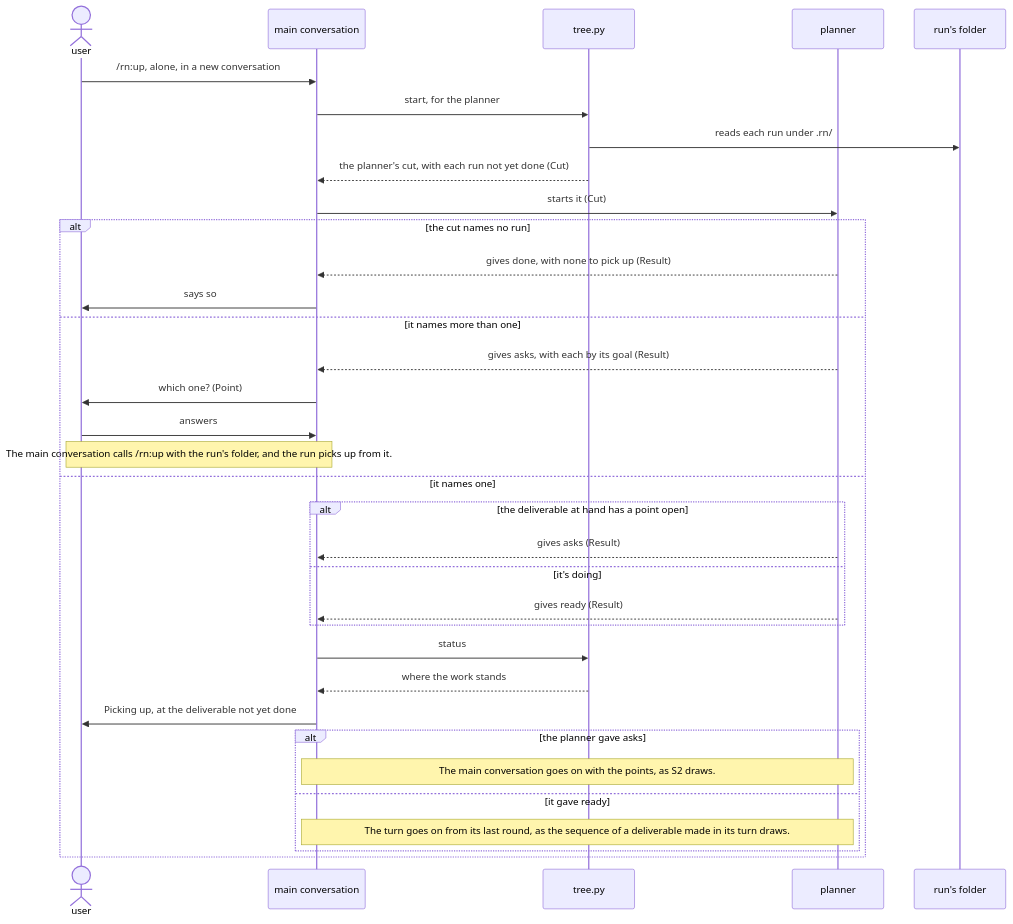
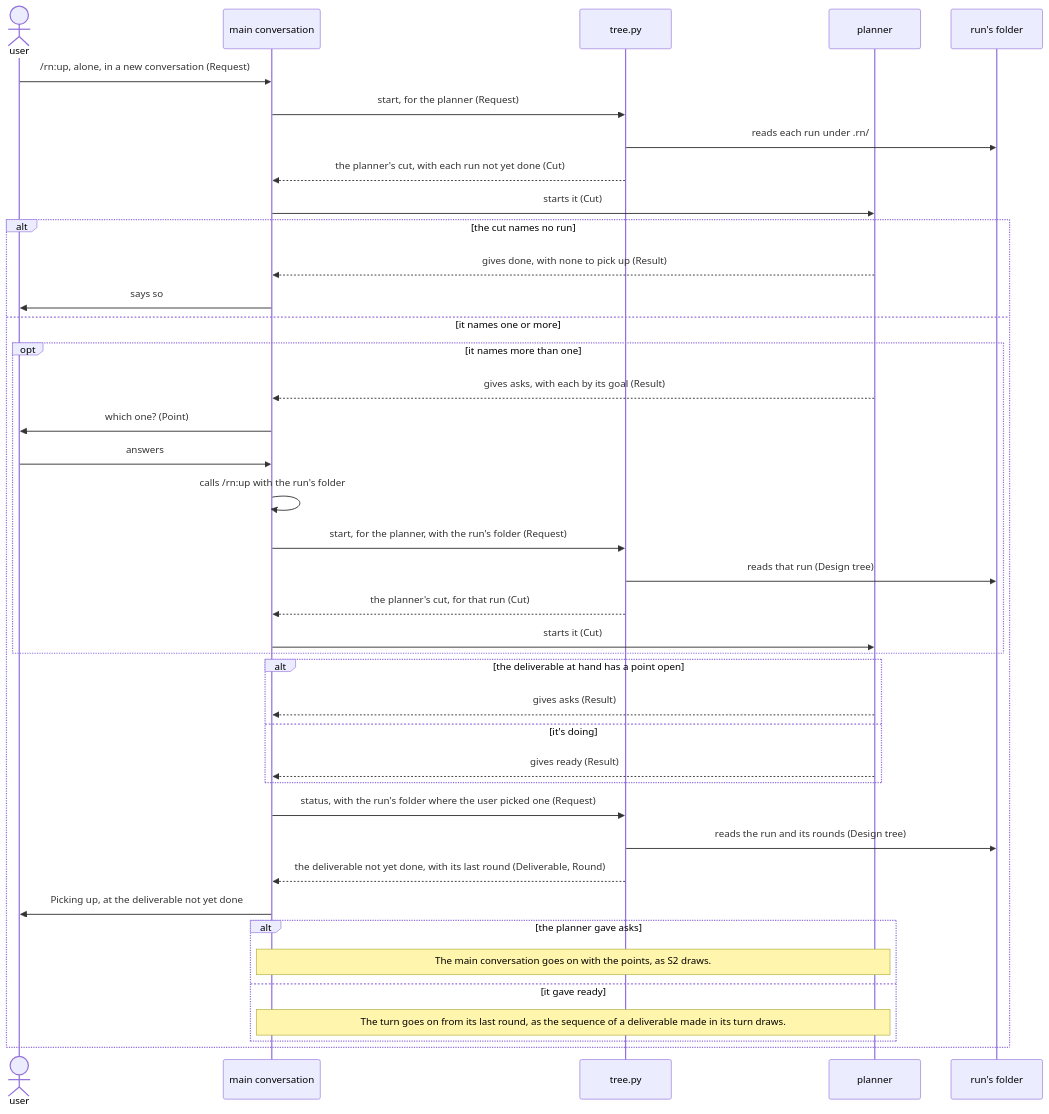
Before and after one commit to lovaizu/ccpm: the fifth of 6 diagrams in dev/rn/architecture.md, drawn with Mermaid. The commit also changed other lines of this file and 6 other files, not shown here.

````diff
--- a/dev/rn/architecture.md
+++ b/dev/rn/architecture.md
@@ -678,36 +682,42 @@
 ```mermaid
 sequenceDiagram
   actor U as user
   participant M as main conversation
   participant T as tree.py
   participant P as planner
   participant R as run's folder
-  U->>M: /rn:up, alone, in a new conversation
-  M->>T: start, for the planner
+  U->>M: /rn:up, alone, in a new conversation (Request)
+  M->>T: start, for the planner (Request)
   T->>R: reads each run under .rn/
   T-->>M: the planner's cut, with each run not yet done (Cut)
   M->>P: starts it (Cut)
   alt the cut names no run
     P-->>M: gives done, with none to pick up (Result)
     M->>U: says so
-  else it names more than one
-    P-->>M: gives asks, with each by its goal (Result)
-    M->>U: which one? (Point)
-    U->>M: answers
-    Note over U,M: The main conversation calls /rn:up with the run's folder, and the run picks up from it.
-  else it names one
+  else it names one or more
+    opt it names more than one
+      P-->>M: gives asks, with each by its goal (Result)
+      M->>U: which one? (Point)
+      U->>M: answers
+      M->>M: calls /rn:up with the run's folder
+      M->>T: start, for the planner, with the run's folder (Request)
+      T->>R: reads that run (Design tree)
+      T-->>M: the planner's cut, for that run (Cut)
+      M->>P: starts it (Cut)
+    end
     alt the deliverable at hand has a point open
       P-->>M: gives asks (Result)
     else it's doing
       P-->>M: gives ready (Result)
     end
-    M->>T: status
-    T-->>M: where the work stands
+    M->>T: status, with the run's folder where the user picked one (Request)
+    T->>R: reads the run and its rounds (Design tree)
+    T-->>M: the deliverable not yet done, with its last round (Deliverable, Round)
     M->>U: Picking up, at the deliverable not yet done
     alt the planner gave asks
       Note over M,P: The main conversation goes on with the points, as S2 draws.
     else it gave ready
       Note over M,P: The turn goes on from its last round, as the sequence of a deliverable made in its turn draws.
     end
   end
 ```
````
